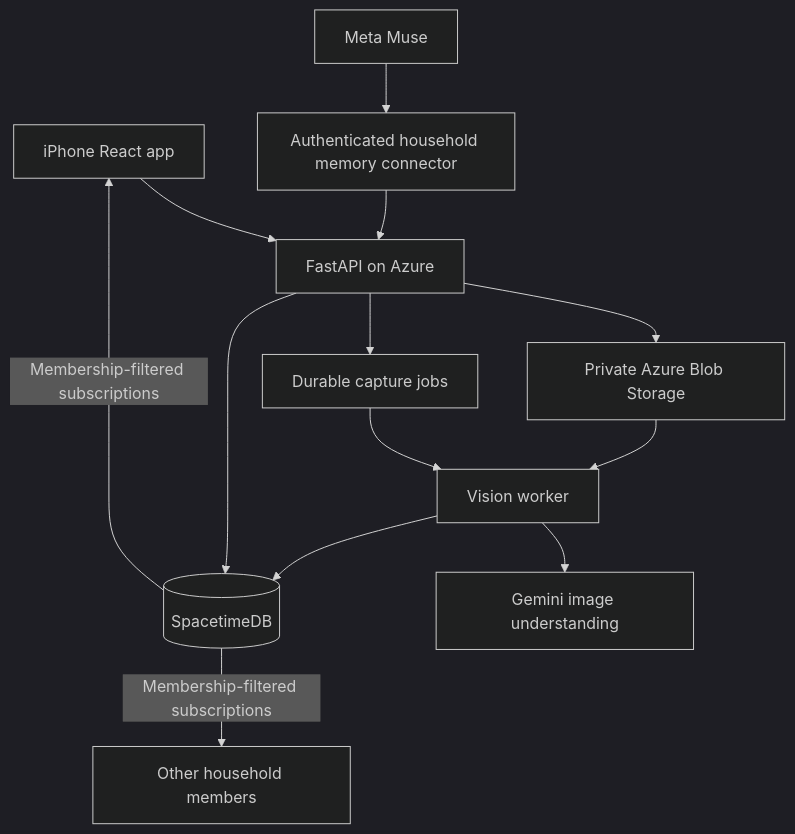
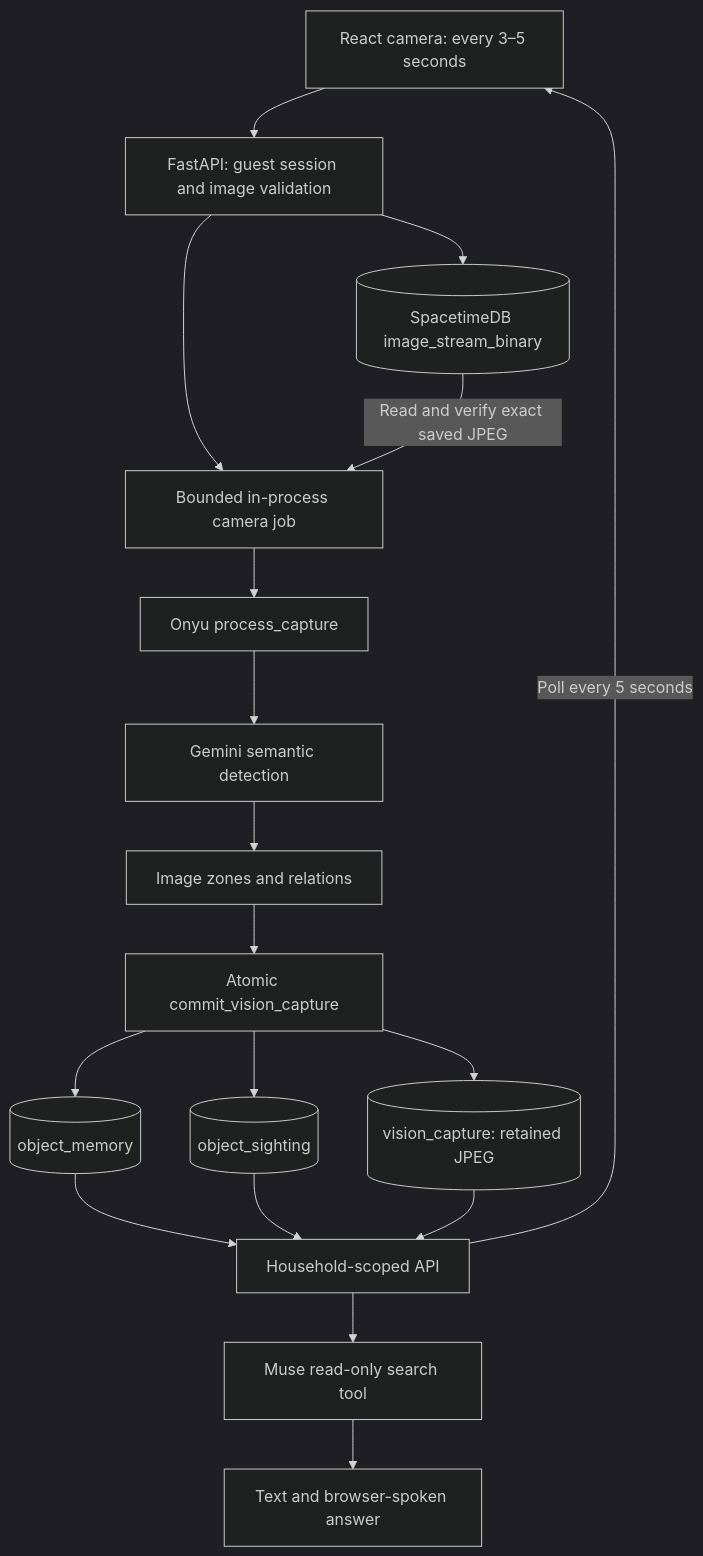
One commit to preespp/CalHacks_Kyuran_Alex_Pree_Ohn changed the diagram in docs/ARCHITECTURE.md. Above: the diagram before and after it, drawn with Mermaid (dark theme). The commit also changed other lines of this file and 131 other files, not shown here.

````diff
--- a/docs/ARCHITECTURE.md
+++ b/docs/ARCHITECTURE.md
@@ -21,15 +7,20 @@
 ```mermaid
 flowchart TD
-  Phone[iPhone React app] --> API[FastAPI on Azure]
-  API --> Images[Private Azure Blob Storage]
-  API --> Jobs[Durable capture jobs]
-  Jobs --> Worker[Vision worker]
-  Images --> Worker
-  Worker --> Gemini[Gemini image understanding]
-  Worker --> Memory[(SpacetimeDB)]
-  Memory -->|Membership-filtered subscriptions| Phone
-  Memory -->|Membership-filtered subscriptions| Household[Other household members]
-  Muse[Meta Muse] --> Connector[Authenticated household memory connector]
-  Connector --> API
-  API --> Memory
+  Phone[React camera: every 3–5 seconds] --> API[FastAPI: guest session and image validation]
+  API --> Frames[(SpacetimeDB image_stream_binary)]
+  API --> Job[Bounded in-process camera job]
+  Frames -->|Read and verify exact saved JPEG| Job
+  Job --> Onyu[Onyu process_capture]
+  Onyu --> Gemini[Gemini semantic detection]
+  Gemini --> Spatial[Image zones and relations]
+  Spatial --> Commit[Atomic commit_vision_capture]
+  Commit --> Objects[(object_memory)]
+  Commit --> History[(object_sighting)]
+  Commit --> Images[(vision_capture: retained JPEG)]
+  Objects --> Read[Household-scoped API]
+  History --> Read
+  Images --> Read
+  Read -->|Poll every 5 seconds| Phone
+  Read --> Muse[Muse read-only search tool]
+  Muse --> Reply[Text and browser-spoken answer]
 ```
````
